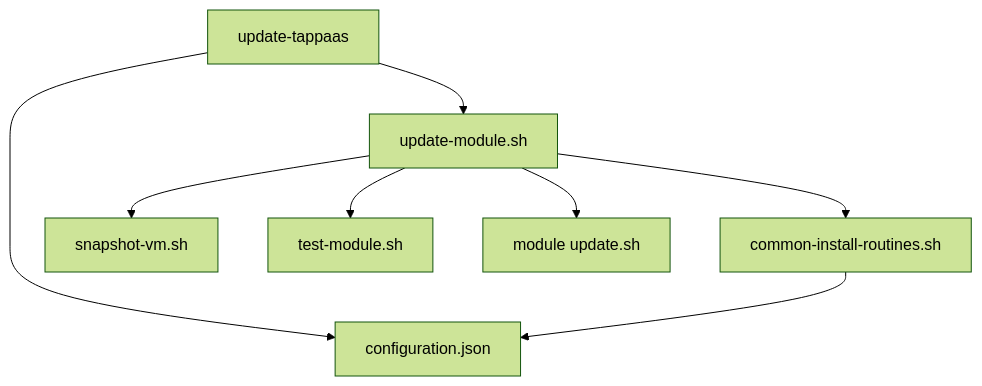
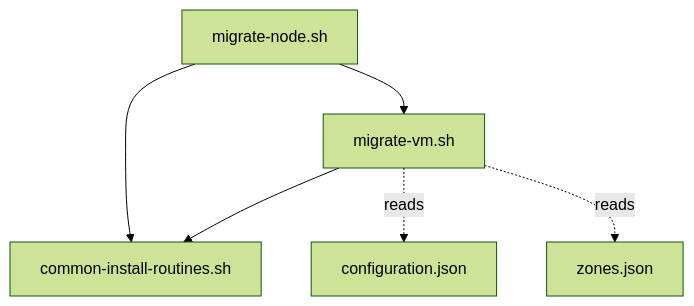
Before and after one commit to TAPPaaS/TAPPaaS: the third of 6 diagrams in src/foundation/DEPENDENCIES.md, drawn with Mermaid (forest theme). The commit also changed other lines of this file and 3 other files, not shown here.

````diff
--- a/src/foundation/DEPENDENCIES.md
+++ b/src/foundation/DEPENDENCIES.md
@@ -302,10 +151,8 @@
 ```mermaid
 graph TD
-    A["update-tappaas"] --> B["configuration.json"]
-    A --> C["update-module.sh"]
-    C --> D["common-install-routines.sh"]
-    C --> E["snapshot-vm.sh"]
-    C --> F["test-module.sh"]
-    C --> G["module update.sh"]
-    D --> B
+    MN["migrate-node.sh"] --> CIR["common-install-routines.sh"]
+    MN --> MV["migrate-vm.sh"]
+    MV --> CIR
+    MV -.reads.-> CFG["configuration.json"]
+    MV -.reads.-> ZN["zones.json"]
 ```
````
